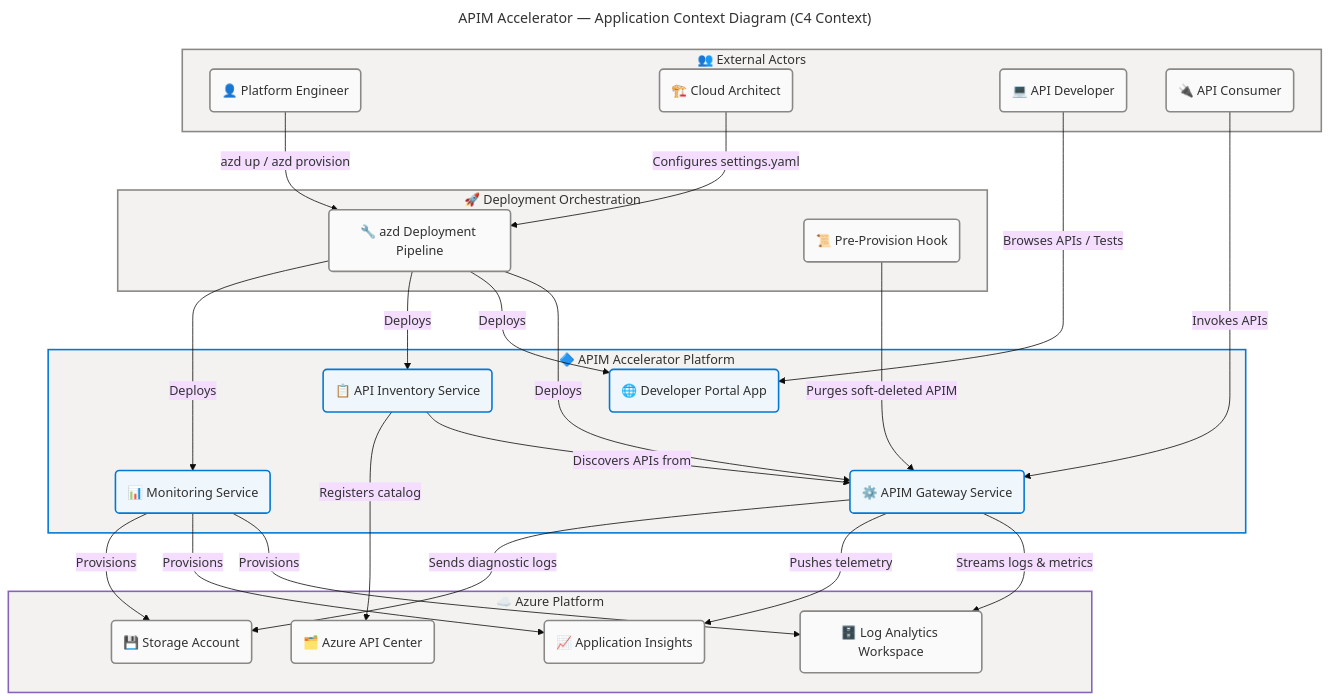
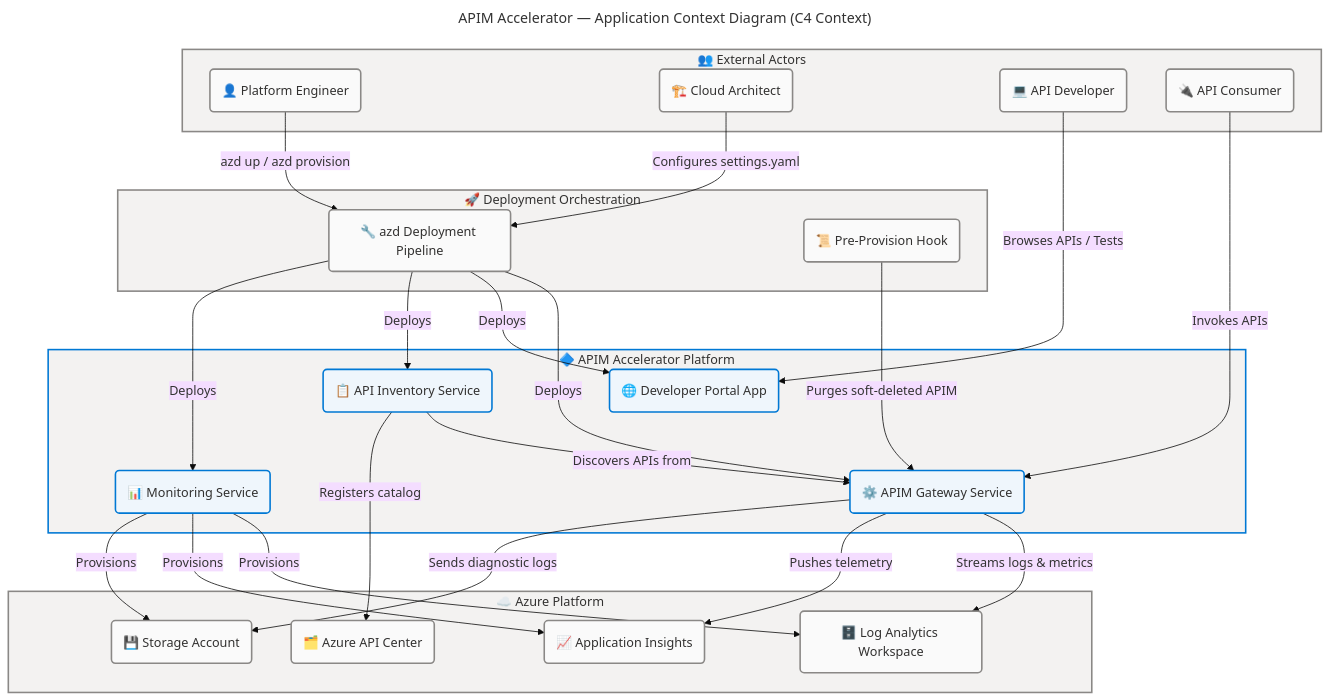
One commit to Evilazaro/APIM-Accelerator changed the first of 8 diagrams in docs/architecture/application-architecture.md. Above: the diagram before and after it, drawn with Mermaid. The commit also changed other lines of this file, not shown here.

Commit message:
style: update color codes in flowchart for consistency and improved readability

````diff
--- a/docs/architecture/application-architecture.md
+++ b/docs/architecture/application-architecture.md
@@ -81,79 +81,79 @@
 ```mermaid
 ---
 title: "APIM Accelerator — Application Context Diagram (C4 Context)"
 config:
   theme: base
   look: classic
   layout: dagre
   themeVariables:
     fontSize: '16px'
   flowchart:
     htmlLabels: true
 ---
 flowchart TB
     accTitle: APIM Accelerator Application Context Diagram
     accDescr: C4 Context diagram showing the four primary application services and their relationships with external actors and downstream consumers
 
     %% ═══════════════════════════════════════════════════════════════════════════
     %% AZURE / FLUENT ARCHITECTURE PATTERN v1.1
     %% (Semantic + Structural + Font + Accessibility Governance)
     %% ═══════════════════════════════════════════════════════════════════════════
     %% PHASE 1 - FLUENT UI: All styling uses approved Fluent UI palette only
     %% PHASE 2 - GROUPS: Every subgraph has semantic color via style directive
     %% PHASE 3 - COMPONENTS: Every node has semantic classDef + icon prefix
     %% PHASE 4 - ACCESSIBILITY: accTitle/accDescr present, WCAG AA contrast
     %% PHASE 5 - STANDARD: Governance block present, classDefs centralized
     %% ═══════════════════════════════════════════════════════════════════════════
 
     subgraph ACTORS["👥 External Actors"]
         PE("👤 Platform Engineer"):::neutral
         ARCH("🏗️ Cloud Architect"):::neutral
         DEV("💻 API Developer"):::neutral
         CON("🔌 API Consumer"):::neutral
     end
 
     subgraph PLATFORM["🔷 APIM Accelerator Platform"]
         APIM("⚙️ APIM Gateway Service"):::core
         PORTAL("🌐 Developer Portal App"):::core
         INVENTORY("📋 API Inventory Service"):::core
         MON("📊 Monitoring Service"):::core
     end
 
     subgraph AZD["🚀 Deployment Orchestration"]
         PIPELINE("🔧 azd Deployment Pipeline"):::neutral
         HOOK("📜 Pre-Provision Hook"):::neutral
     end
 
     subgraph AZURE["☁️ Azure Platform"]
         LAW("🗄️ Log Analytics Workspace"):::neutral
         AI("📈 Application Insights"):::neutral
         APICENTER("🗂️ Azure API Center"):::neutral
         SA("💾 Storage Account"):::neutral
     end
 
     PE -->|"azd up / azd provision"| PIPELINE
     ARCH -->|"Configures settings.yaml"| PIPELINE
     PIPELINE -->|"Deploys"| APIM
     PIPELINE -->|"Deploys"| PORTAL
     PIPELINE -->|"Deploys"| INVENTORY
     PIPELINE -->|"Deploys"| MON
     HOOK -->|"Purges soft-deleted APIM"| APIM
     DEV -->|"Browses APIs / Tests"| PORTAL
     CON -->|"Invokes APIs"| APIM
     APIM -->|"Streams logs & metrics"| LAW
     APIM -->|"Pushes telemetry"| AI
     APIM -->|"Sends diagnostic logs"| SA
     INVENTORY -->|"Discovers APIs from"| APIM
     INVENTORY -->|"Registers catalog"| APICENTER
     MON -->|"Provisions"| LAW
     MON -->|"Provisions"| AI
     MON -->|"Provisions"| SA
 
     classDef neutral fill:#FAFAFA,stroke:#8A8886,stroke-width:2px,color:#323130
     classDef core fill:#EFF6FC,stroke:#0078D4,stroke-width:2px,color:#323130
 
     style ACTORS fill:#F3F2F1,stroke:#8A8886,stroke-width:2px,color:#323130
     style PLATFORM fill:#F3F2F1,stroke:#0078D4,stroke-width:2px,color:#323130
     style AZD fill:#F3F2F1,stroke:#8A8886,stroke-width:2px,color:#323130
-    style AZURE fill:#F3F2F1,stroke:#8764B8,stroke-width:2px,color:#323130
+    style AZURE fill:#F3F2F1,stroke:#8A8886,stroke-width:2px,color:#323130
 ```
````
